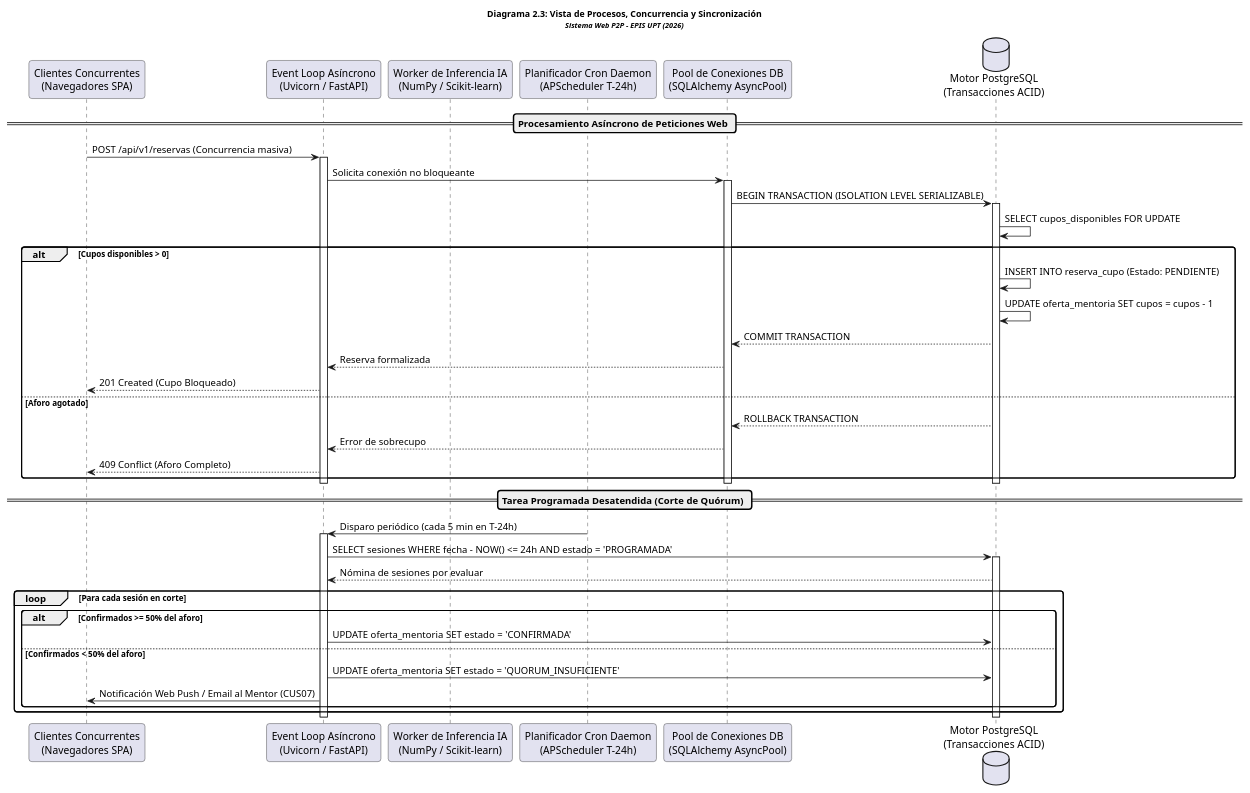
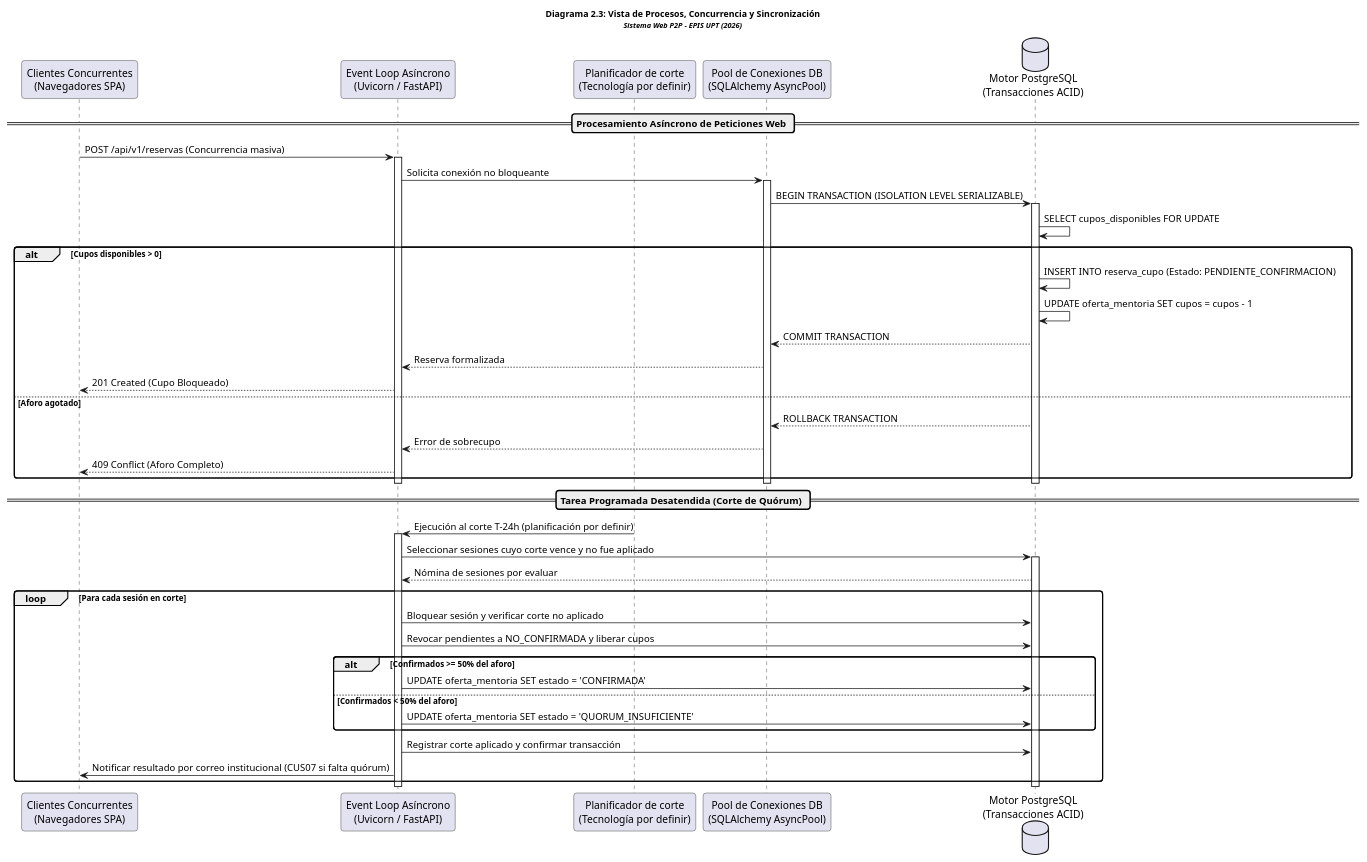
The third of 12 diagrams in docs/FD04-EPIS-Informe SAD de Proyecto.md (JMedina255/sistema_web_p2p), drawn with PlantUML before and after one commit. The commit also changed other lines of this file and 5 other files, not shown here.

````diff
--- a/docs/FD04-EPIS-Informe SAD de Proyecto.md
+++ b/docs/FD04-EPIS-Informe SAD de Proyecto.md
@@ -342,57 +346,59 @@
 ```plantuml
 @startuml
 title <size:12><b>Diagrama 2.3: Vista de Procesos, Concurrencia y Sincronización</b></size>\n<size:10><i>Sistema Web P2P - EPIS UPT (2026)</i></size>
 
 skinparam shadowing false
 skinparam roundcorner 8
 skinparam defaultFontName Arial
 skinparam fontSize 10
 
 participant "Clientes Concurrentes\n(Navegadores SPA)" as Clients
 participant "Event Loop Asíncrono\n(Uvicorn / FastAPI)" as EventLoop
-participant "Worker de Inferencia IA\n(NumPy / Scikit-learn)" as Worker_AI
-participant "Planificador Cron Daemon\n(APScheduler T-24h)" as Cron_Daemon
+participant "Planificador de corte\n(Tecnología por definir)" as Cron_Daemon
 participant "Pool de Conexiones DB\n(SQLAlchemy AsyncPool)" as DBPool
 database "Motor PostgreSQL\n(Transacciones ACID)" as EngineDB
 
 == Procesamiento Asíncrono de Peticiones Web ==
 Clients -> EventLoop: POST /api/v1/reservas (Concurrencia masiva)
 activate EventLoop
 EventLoop -> DBPool: Solicita conexión no bloqueante
 activate DBPool
 DBPool -> EngineDB: BEGIN TRANSACTION (ISOLATION LEVEL SERIALIZABLE)
 activate EngineDB
 EngineDB -> EngineDB: SELECT cupos_disponibles FOR UPDATE
 alt Cupos disponibles > 0
-    EngineDB -> EngineDB: INSERT INTO reserva_cupo (Estado: PENDIENTE)
+    EngineDB -> EngineDB: INSERT INTO reserva_cupo (Estado: PENDIENTE_CONFIRMACION)
     EngineDB -> EngineDB: UPDATE oferta_mentoria SET cupos = cupos - 1
     EngineDB --> DBPool: COMMIT TRANSACTION
     DBPool --> EventLoop: Reserva formalizada
     EventLoop --> Clients: 201 Created (Cupo Bloqueado)
 else Aforo agotado
     EngineDB --> DBPool: ROLLBACK TRANSACTION
     DBPool --> EventLoop: Error de sobrecupo
     EventLoop --> Clients: 409 Conflict (Aforo Completo)
 end
 deactivate EngineDB
 deactivate DBPool
 deactivate EventLoop
 
 == Tarea Programada Desatendida (Corte de Quórum) ==
-Cron_Daemon -> EventLoop: Disparo periódico (cada 5 min en T-24h)
+Cron_Daemon -> EventLoop: Ejecución al corte T-24h (planificación por definir)
 activate EventLoop
-EventLoop -> EngineDB: SELECT sesiones WHERE fecha - NOW() <= 24h AND estado = 'PROGRAMADA'
+EventLoop -> EngineDB: Seleccionar sesiones cuyo corte vence y no fue aplicado
 activate EngineDB
 EngineDB --> EventLoop: Nómina de sesiones por evaluar
 loop Para cada sesión en corte
+    EventLoop -> EngineDB: Bloquear sesión y verificar corte no aplicado
+    EventLoop -> EngineDB: Revocar pendientes a NO_CONFIRMADA y liberar cupos
     alt Confirmados >= 50% del aforo
         EventLoop -> EngineDB: UPDATE oferta_mentoria SET estado = 'CONFIRMADA'
     else Confirmados < 50% del aforo
         EventLoop -> EngineDB: UPDATE oferta_mentoria SET estado = 'QUORUM_INSUFICIENTE'
-        EventLoop -> Clients: Notificación Web Push / Email al Mentor (CUS07)
     end
+    EventLoop -> EngineDB: Registrar corte aplicado y confirmar transacción
+    EventLoop -> Clients: Notificar resultado por correo institucional (CUS07 si falta quórum)
 end
 deactivate EngineDB
 deactivate EventLoop
 @enduml
 ```
````
